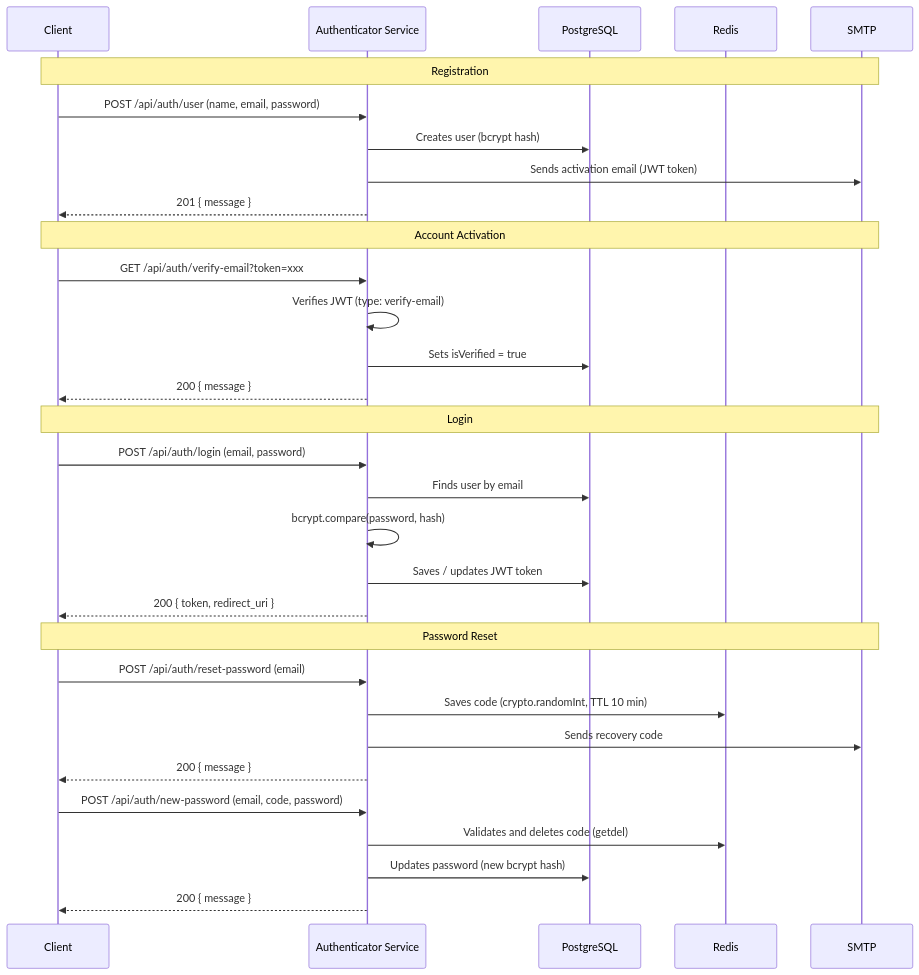
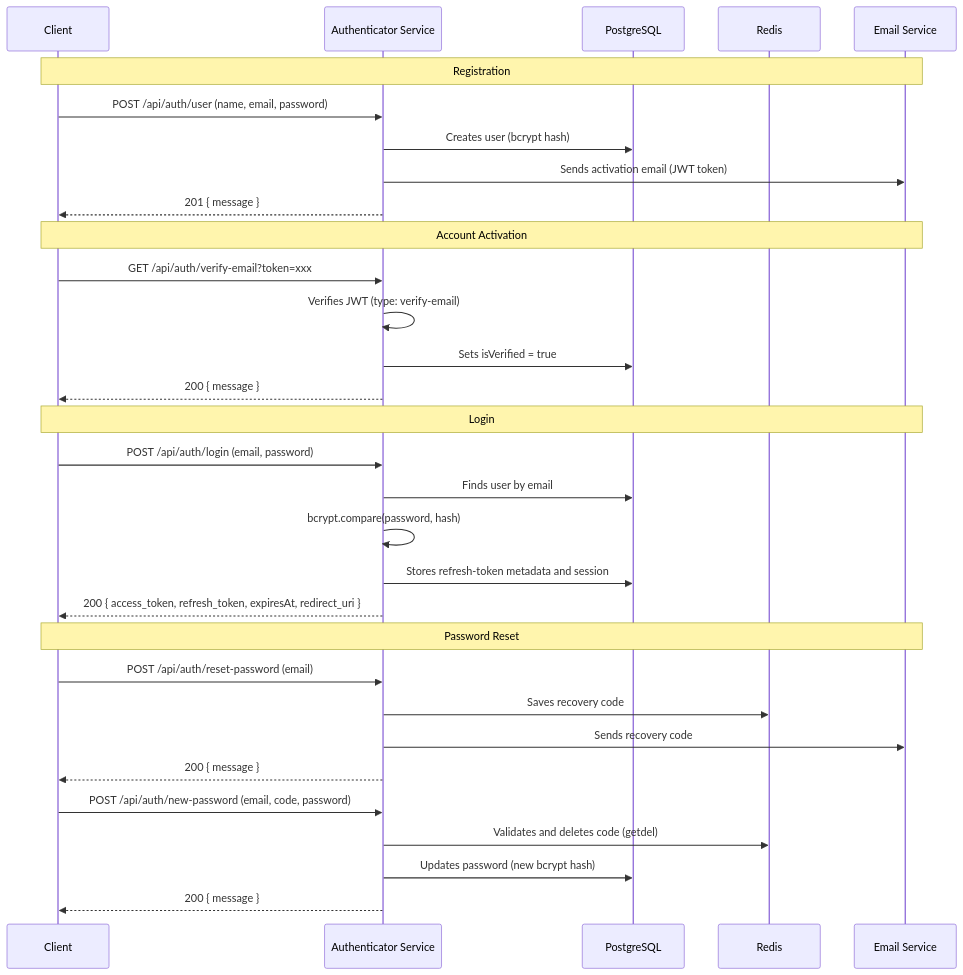
The third of 3 diagrams in README.md (LuisFernando12/Authenticator-back), drawn with Mermaid before and after one commit. The commit also changed other lines of this file and 1 other file, not shown here.

Commit message:
feat(docs): update email notification section and add account unblock endpoint in README

````diff
--- a/README.md
+++ b/README.md
@@ -112,38 +112,38 @@
 ```mermaid
 sequenceDiagram
     participant Client
     participant Auth as Authenticator Service
     participant DB as PostgreSQL
     participant Redis
-    participant Email as SMTP
+    participant Email as Email Service
 
     Note over Client,Email: Registration
     Client->>Auth: POST /api/auth/user (name, email, password)
     Auth->>DB: Creates user (bcrypt hash)
     Auth->>Email: Sends activation email (JWT token)
     Auth-->>Client: 201 { message }
 
     Note over Client,Email: Account Activation
     Client->>Auth: GET /api/auth/verify-email?token=xxx
     Auth->>Auth: Verifies JWT (type: verify-email)
     Auth->>DB: Sets isVerified = true
     Auth-->>Client: 200 { message }
 
     Note over Client,Email: Login
     Client->>Auth: POST /api/auth/login (email, password)
     Auth->>DB: Finds user by email
     Auth->>Auth: bcrypt.compare(password, hash)
-    Auth->>DB: Saves / updates JWT token
-    Auth-->>Client: 200 { token, redirect_uri }
+    Auth->>DB: Stores refresh-token metadata and session
+    Auth-->>Client: 200 { access_token, refresh_token, expiresAt, redirect_uri }
 
     Note over Client,Email: Password Reset
     Client->>Auth: POST /api/auth/reset-password (email)
-    Auth->>Redis: Saves code (crypto.randomInt, TTL 10 min)
+    Auth->>Redis: Saves recovery code
     Auth->>Email: Sends recovery code
     Auth-->>Client: 200 { message }
 
     Client->>Auth: POST /api/auth/new-password (email, code, password)
     Auth->>Redis: Validates and deletes code (getdel)
     Auth->>DB: Updates password (new bcrypt hash)
     Auth-->>Client: 200 { message }
 ```
````
